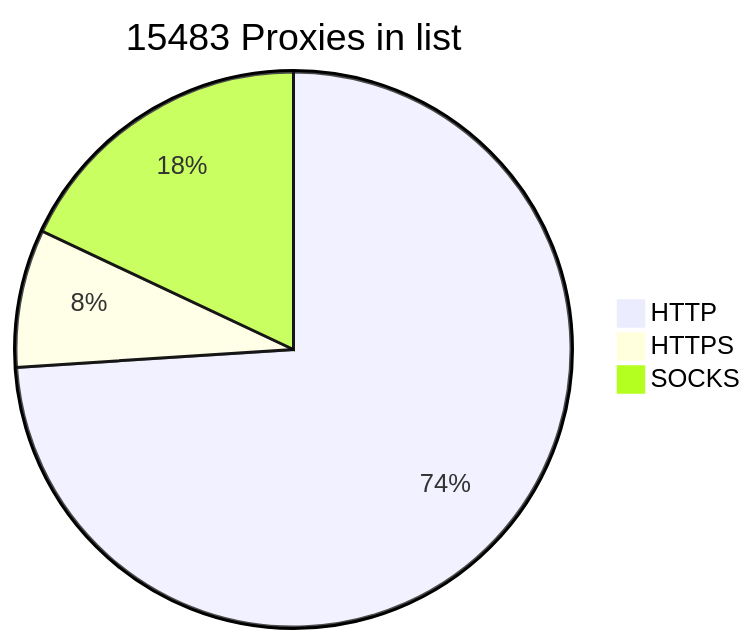
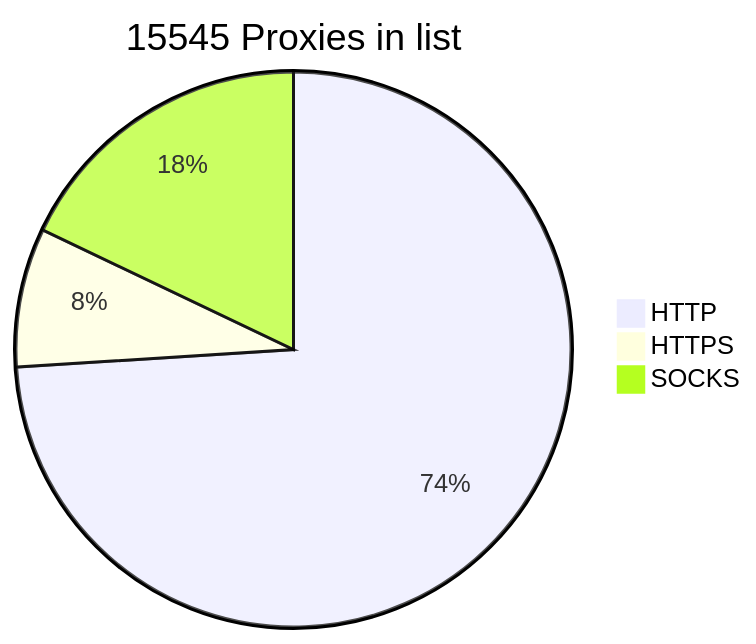
The diagram in README.md (BlackSnowDot/proxylist-update-every-minute), drawn with Mermaid before and after one commit. The commit also changed other lines of this file, not shown here.

````diff
--- a/README.md
+++ b/README.md
@@ -2,6 +2,6 @@
 ```mermaid
-pie title 15483 Proxies in list
-    "HTTP" : 11658
-    "HTTPS": 1266
+pie title 15545 Proxies in list
+    "HTTP" : 11709
+    "HTTPS": 1280
     "SOCKS" : 2836
 ```
````
